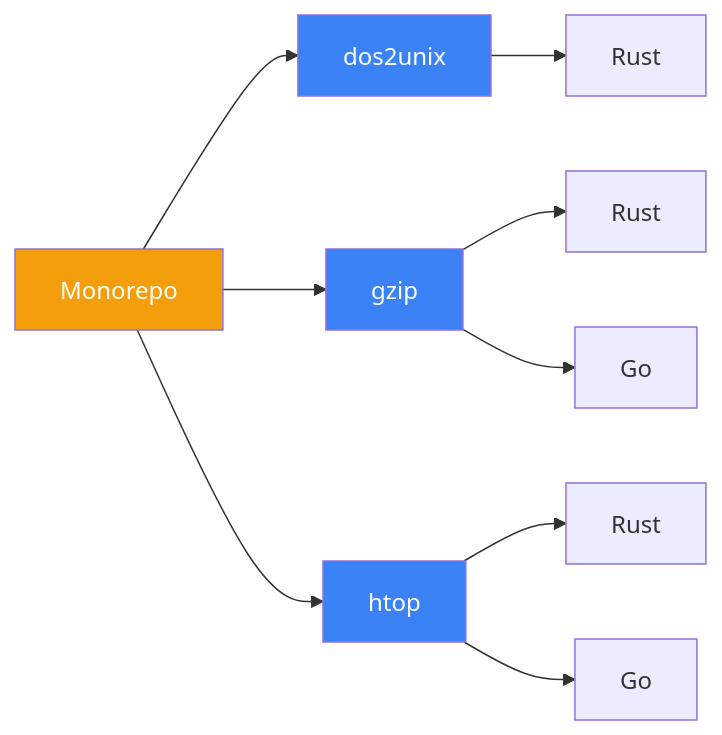
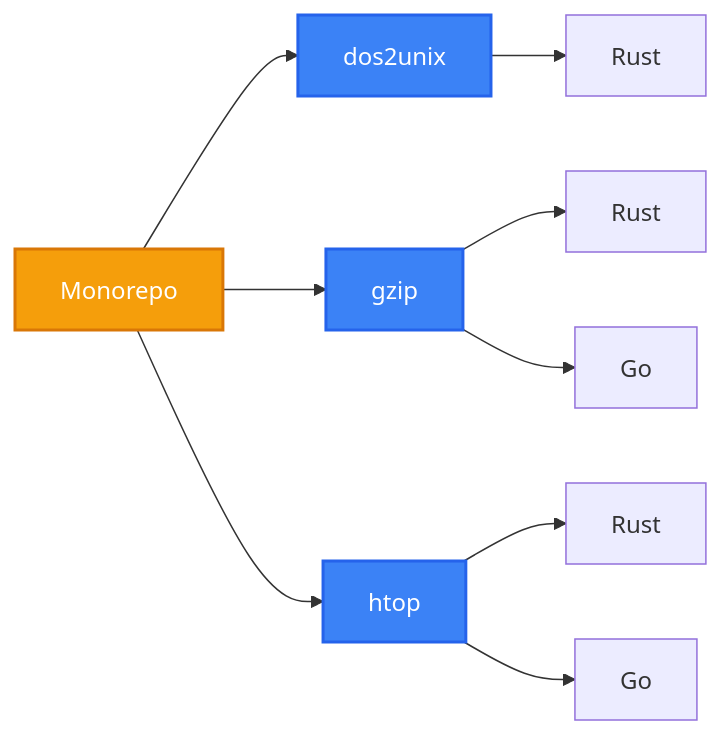
One commit to build-workbench/utop changed the diagram in en/index.md. Above: the diagram before and after it, drawn with Mermaid. The commit also changed other lines of this file and 133 other files, not shown here.

````diff
--- a/en/index.md
+++ b/en/index.md
@@ -42,17 +42,18 @@
 ```mermaid
 graph LR
     A[Monorepo] --> B[dos2unix]
     A --> C[gzip]
     A --> D[htop]
     
     B --> B1[Rust]
     C --> C1[Rust]
     C --> C2[Go]
     D --> D1[Rust]
     D --> D2[Go]
     
-    style A fill:#f59e0b,color:#fff
-    style B fill:#3b82f6,color:#fff
-    style C fill:#3b82f6,color:#fff
-    style D fill:#3b82f6,color:#fff
+    classDef primary fill:#f59e0b,color:#fff,stroke:#d97706,stroke-width:2px
+    classDef secondary fill:#3b82f6,color:#fff,stroke:#2563eb,stroke-width:2px
+    
+    class A primary
+    class B,C,D secondary
 ```
````
